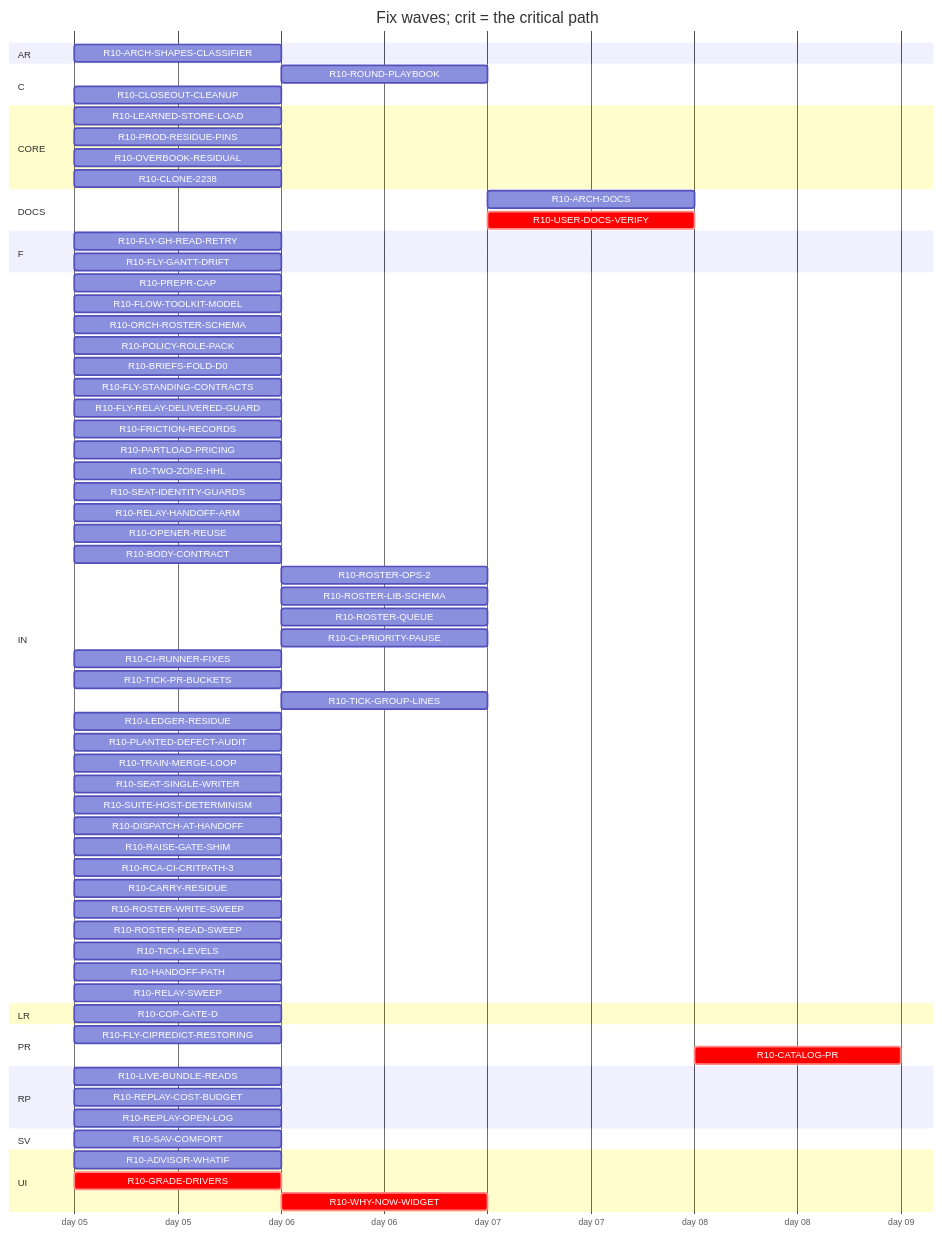
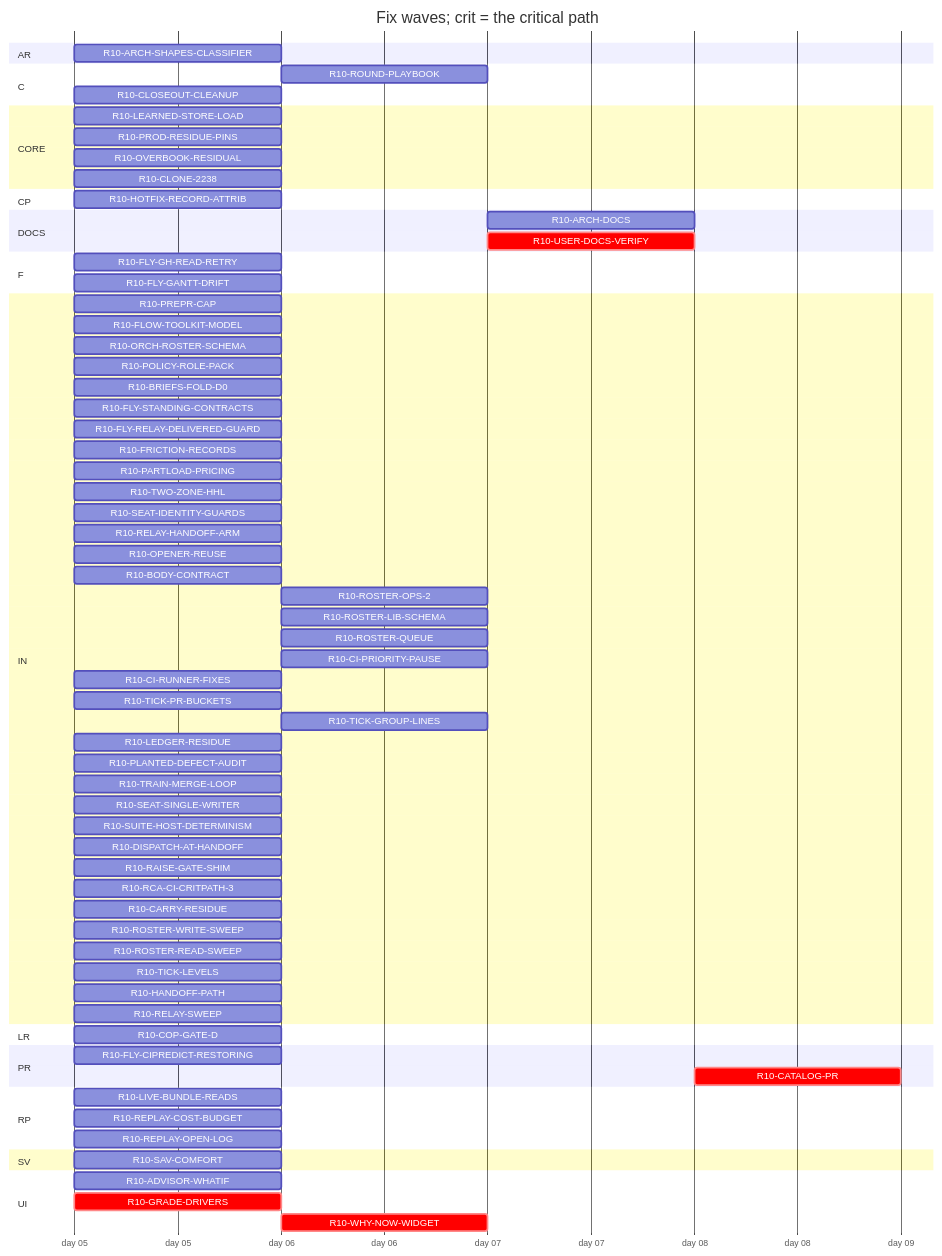
Before and after one commit to tvofi/heatpump_optimizer: the diagram in handoff/round10/state/PLAN-TABLE.md, drawn with Mermaid. The commit also changed other lines of this file and 4 other files, not shown here.

Commit message:
state: FLOW-BOARD.md, NEXT-SESSION-PROMPT.md, PLAN-TABLE.md, PLAN.html, RESUME-CURRENT.md regenerated (state_docs.py)

````diff
--- a/handoff/round10/state/PLAN-TABLE.md
+++ b/handoff/round10/state/PLAN-TABLE.md
@@ -24,73 +25,75 @@
 ```mermaid
 gantt
   title Fix waves; crit = the critical path
   dateFormat YYYY-MM-DD
   axisFormat day %d
   section AR
     R10-ARCH-SHAPES-CLASSIFIER :r10ARCHSHAPESCLASSIFIER, 2026-01-05, 1d
   section C
     R10-ROUND-PLAYBOOK :r10ROUNDPLAYBOOK, after r10PREPRCAP r10HANDOFFPATH r10RELAYSWEEP r10TRAINMERGELOOP r10DISPATCHATHANDOFF r10BODYCONTRACT r10TICKLEVELS r10CIPRIORITYPAUSE r10ROSTERWRITESWEEP r10ROSTERREADSWEEP r10FLYSTANDINGCONTRACTS r10POLICYROLEPACK r10FRICTIONRECORDS r10FLOWTOOLKITMODEL r10SEATIDENTITYGUARDS r10LEDGERRESIDUE r10CIRUNNERFIXES r10FLYCIPREDICTRESTORING r10RAISEGATESHIM r10PLANTEDDEFECTAUDIT r10FLYGHREADRETRY r10SUITEHOSTDETERMINISM, 1d
     R10-CLOSEOUT-CLEANUP :r10CLOSEOUTCLEANUP, 2026-01-05, 1d
   section CORE
     R10-LEARNED-STORE-LOAD :r10LEARNEDSTORELOAD, 2026-01-05, 1d
     R10-PROD-RESIDUE-PINS :r10PRODRESIDUEPINS, 2026-01-05, 1d
     R10-OVERBOOK-RESIDUAL :r10OVERBOOKRESIDUAL, 2026-01-05, 1d
     R10-CLONE-2238 :r10CLONE2238, 2026-01-05, 1d
+  section CP
+    R10-HOTFIX-RECORD-ATTRIB :r10HOTFIXRECORDATTRIB, 2026-01-05, 1d
   section DOCS
     R10-ARCH-DOCS :r10ARCHDOCS, after r10CARRYRESIDUE r10OVERBOOKRESIDUAL r10CLONE2238 r10SAVCOMFORT r10COPGATED r10GRADEDRIVERS r10WHYNOWWIDGET r10PARTLOADPRICING r10TWOZONEHHL r10ARCHSHAPESCLASSIFIER r10ADVISORWHATIF r10LEARNEDSTORELOAD r10PRODRESIDUEPINS r10LIVEBUNDLEREADS r10REPLAYCOSTBUDGET r10REPLAYOPENLOG r10PREPRCAP r10HANDOFFPATH r10RELAYSWEEP r10TRAINMERGELOOP r10DISPATCHATHANDOFF r10BODYCONTRACT r10TICKLEVELS r10CIPRIORITYPAUSE r10ROSTERWRITESWEEP r10ROSTERREADSWEEP r10FLYSTANDINGCONTRACTS r10POLICYROLEPACK r10FRICTIONRECORDS r10FLOWTOOLKITMODEL r10SEATIDENTITYGUARDS r10LEDGERRESIDUE r10CIRUNNERFIXES r10FLYCIPREDICTRESTORING r10RAISEGATESHIM r10PLANTEDDEFECTAUDIT r10FLYGHREADRETRY r10SUITEHOSTDETERMINISM, 1d
     R10-USER-DOCS-VERIFY :crit, r10USERDOCSVERIFY, after r10CARRYRESIDUE r10OVERBOOKRESIDUAL r10CLONE2238 r10SAVCOMFORT r10COPGATED r10GRADEDRIVERS r10WHYNOWWIDGET r10PARTLOADPRICING r10TWOZONEHHL r10ARCHSHAPESCLASSIFIER r10ADVISORWHATIF r10LEARNEDSTORELOAD r10PRODRESIDUEPINS r10LIVEBUNDLEREADS r10REPLAYCOSTBUDGET r10REPLAYOPENLOG, 1d
   section F
     R10-FLY-GH-READ-RETRY :r10FLYGHREADRETRY, 2026-01-05, 1d
     R10-FLY-GANTT-DRIFT :r10FLYGANTTDRIFT, 2026-01-05, 1d
   section IN
     R10-PREPR-CAP :r10PREPRCAP, 2026-01-05, 1d
     R10-FLOW-TOOLKIT-MODEL :r10FLOWTOOLKITMODEL, 2026-01-05, 1d
     R10-ORCH-ROSTER-SCHEMA :r10ORCHROSTERSCHEMA, 2026-01-05, 1d
     R10-POLICY-ROLE-PACK :r10POLICYROLEPACK, 2026-01-05, 1d
     R10-BRIEFS-FOLD-D0 :r10BRIEFSFOLDD0, 2026-01-05, 1d
     R10-FLY-STANDING-CONTRACTS :r10FLYSTANDINGCONTRACTS, 2026-01-05, 1d
     R10-FLY-RELAY-DELIVERED-GUARD :r10FLYRELAYDELIVEREDGUARD, 2026-01-05, 1d
     R10-FRICTION-RECORDS :r10FRICTIONRECORDS, 2026-01-05, 1d
     R10-PARTLOAD-PRICING :r10PARTLOADPRICING, 2026-01-05, 1d
     R10-TWO-ZONE-HHL :r10TWOZONEHHL, 2026-01-05, 1d
     R10-SEAT-IDENTITY-GUARDS :r10SEATIDENTITYGUARDS, 2026-01-05, 1d
     R10-RELAY-HANDOFF-ARM :r10RELAYHANDOFFARM, 2026-01-05, 1d
     R10-OPENER-REUSE :r10OPENERREUSE, 2026-01-05, 1d
     R10-BODY-CONTRACT :r10BODYCONTRACT, 2026-01-05, 1d
     R10-ROSTER-OPS-2 :r10ROSTEROPS2, after r10ORCHROSTERSCHEMA, 1d
     R10-ROSTER-LIB-SCHEMA :r10ROSTERLIBSCHEMA, after r10ORCHROSTERSCHEMA, 1d
     R10-ROSTER-QUEUE :r10ROSTERQUEUE, after r10ORCHROSTERSCHEMA, 1d
     R10-CI-PRIORITY-PAUSE :r10CIPRIORITYPAUSE, after r10TICKLEVELS, 1d
     R10-CI-RUNNER-FIXES :r10CIRUNNERFIXES, 2026-01-05, 1d
     R10-TICK-PR-BUCKETS :r10TICKPRBUCKETS, 2026-01-05, 1d
     R10-TICK-GROUP-LINES :r10TICKGROUPLINES, after r10ORCHROSTERSCHEMA, 1d
     R10-LEDGER-RESIDUE :r10LEDGERRESIDUE, 2026-01-05, 1d
     R10-PLANTED-DEFECT-AUDIT :r10PLANTEDDEFECTAUDIT, 2026-01-05, 1d
     R10-TRAIN-MERGE-LOOP :r10TRAINMERGELOOP, 2026-01-05, 1d
     R10-SEAT-SINGLE-WRITER :r10SEATSINGLEWRITER, 2026-01-05, 1d
     R10-SUITE-HOST-DETERMINISM :r10SUITEHOSTDETERMINISM, 2026-01-05, 1d
     R10-DISPATCH-AT-HANDOFF :r10DISPATCHATHANDOFF, 2026-01-05, 1d
     R10-RAISE-GATE-SHIM :r10RAISEGATESHIM, 2026-01-05, 1d
     R10-RCA-CI-CRITPATH-3 :r10RCACICRITPATH3, 2026-01-05, 1d
     R10-CARRY-RESIDUE :r10CARRYRESIDUE, 2026-01-05, 1d
     R10-ROSTER-WRITE-SWEEP :r10ROSTERWRITESWEEP, 2026-01-05, 1d
     R10-ROSTER-READ-SWEEP :r10ROSTERREADSWEEP, 2026-01-05, 1d
     R10-TICK-LEVELS :r10TICKLEVELS, 2026-01-05, 1d
     R10-HANDOFF-PATH :r10HANDOFFPATH, 2026-01-05, 1d
     R10-RELAY-SWEEP :r10RELAYSWEEP, 2026-01-05, 1d
   section LR
     R10-COP-GATE-D :r10COPGATED, 2026-01-05, 1d
   section PR
     R10-FLY-CIPREDICT-RESTORING :r10FLYCIPREDICTRESTORING, 2026-01-05, 1d
     R10-CATALOG-PR :crit, r10CATALOGPR, after r10USERDOCSVERIFY r10ARCHDOCS r10ROUNDPLAYBOOK r10CLOSEOUTCLEANUP, 1d
   section RP
     R10-LIVE-BUNDLE-READS :r10LIVEBUNDLEREADS, 2026-01-05, 1d
     R10-REPLAY-COST-BUDGET :r10REPLAYCOSTBUDGET, 2026-01-05, 1d
     R10-REPLAY-OPEN-LOG :r10REPLAYOPENLOG, 2026-01-05, 1d
   section SV
     R10-SAV-COMFORT :r10SAVCOMFORT, 2026-01-05, 1d
   section UI
     R10-ADVISOR-WHATIF :r10ADVISORWHATIF, 2026-01-05, 1d
     R10-GRADE-DRIVERS :crit, r10GRADEDRIVERS, 2026-01-05, 1d
     R10-WHY-NOW-WIDGET :crit, r10WHYNOWWIDGET, after r10GRADEDRIVERS, 1d
 ```
````
